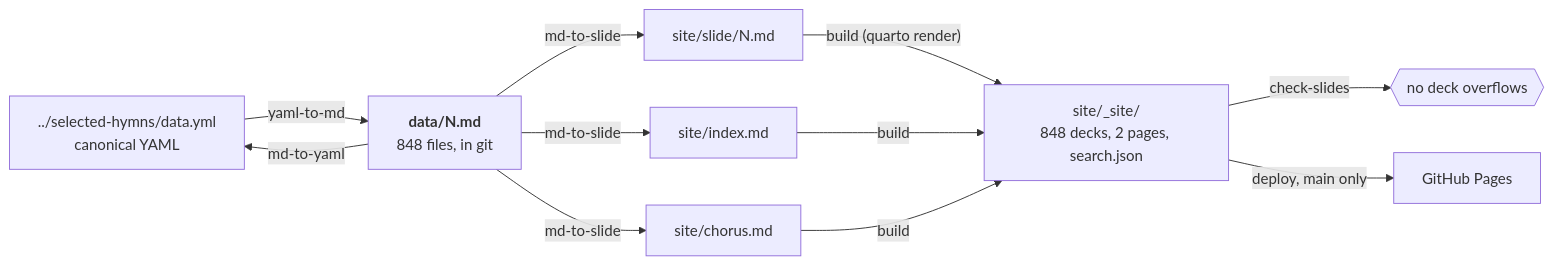
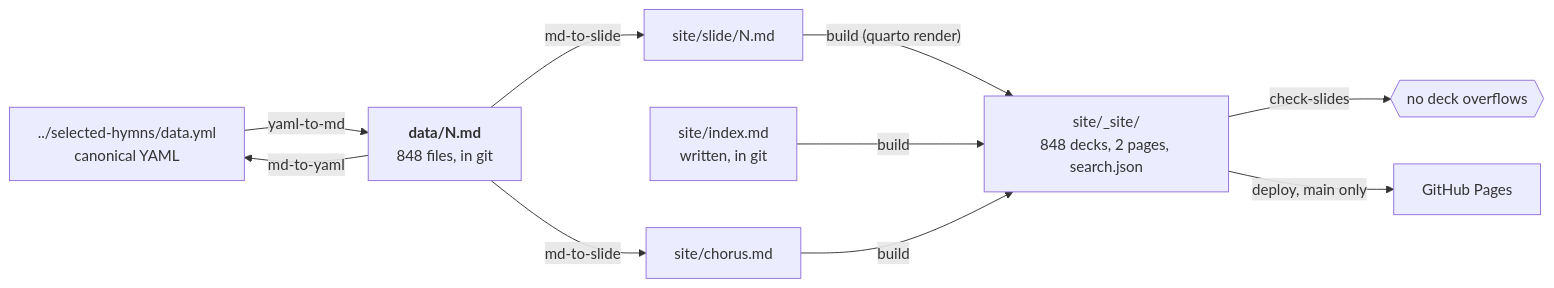
One commit to ickc/selected-hymns-ng changed the first of 2 diagrams in DEVELOPER.md. Above: the diagram before and after it, drawn with Mermaid. The commit also changed other lines of this file and 6 other files, not shown here.

````diff
--- a/DEVELOPER.md
+++ b/DEVELOPER.md
@@ -12,21 +12,20 @@
 ```mermaid
 flowchart LR
   yaml["../selected-hymns/data.yml<br/>canonical YAML"]
   md["<b>data/N.md</b><br/>848 files, in git"]
   slide["site/slide/N.md"]
-  index["site/index.md"]
+  index["site/index.md<br/>written, in git"]
   chorus["site/chorus.md"]
   built["site/_site/<br/>848 decks, 2 pages, search.json"]
   pages["GitHub Pages"]
 
   yaml -- "yaml-to-md" --> md
   md -- "md-to-yaml" --> yaml
   md -- "md-to-slide" --> slide
-  md -- "md-to-slide" --> index
   md -- "md-to-slide" --> chorus
   slide -- "build (quarto render)" --> built
   index -- "build" --> built
   chorus -- "build" --> built
   built -- "check-slides" --> checked{{"no deck overflows"}}
   built -- "deploy, main only" --> pages
 ```
````
